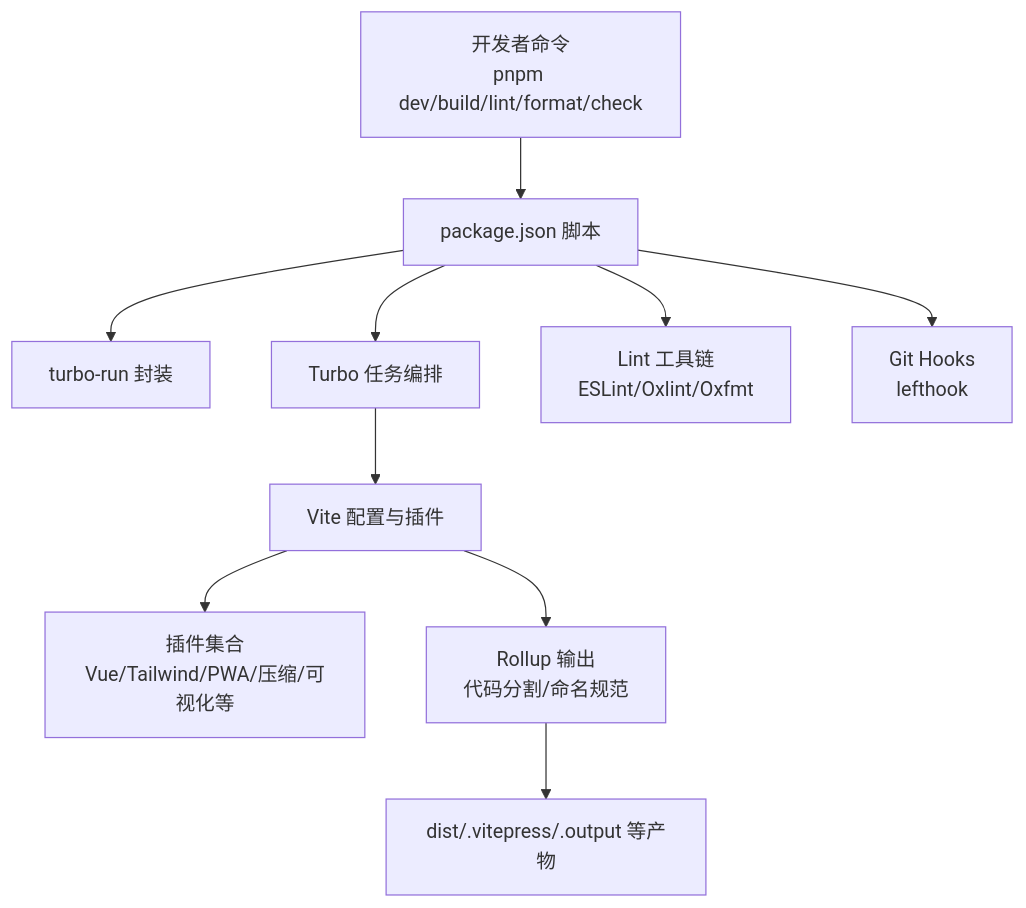
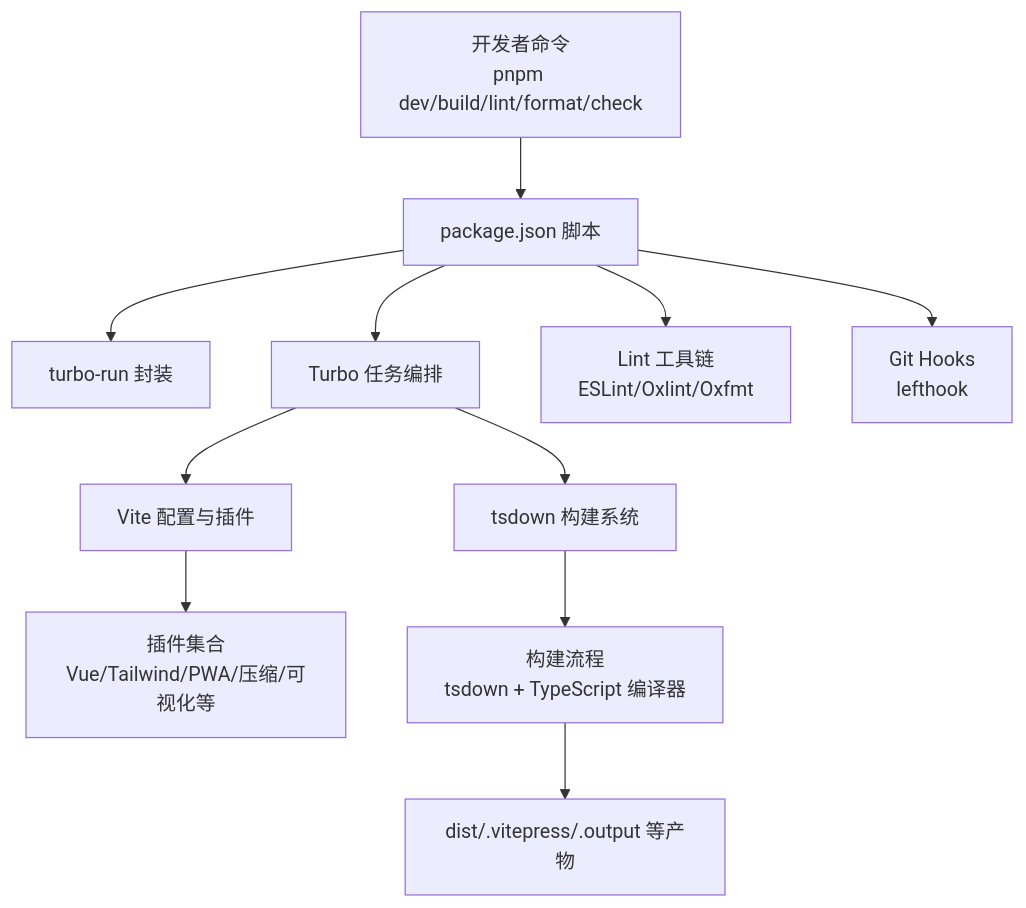
The second of 9 diagrams in .qoder/repowiki/zh/content/开发工具链/开发工具链.md (liuyinzhong/hive), drawn with Mermaid before and after one commit. The commit also changed other lines of this file and 8 other files, not shown here.

````diff
--- a/.qoder/repowiki/zh/content/开发工具链/开发工具链.md
+++ b/.qoder/repowiki/zh/content/开发工具链/开发工具链.md
@@ -135,12 +172,13 @@
 ```mermaid
 graph TB
 Dev["开发者命令<br/>pnpm dev/build/lint/format/check"] --> Scripts["package.json 脚本"]
 Scripts --> TurboRun["turbo-run 封装"]
 Scripts --> Turbo["Turbo 任务编排"]
 Turbo --> ViteCfg["Vite 配置与插件"]
 ViteCfg --> Plugins["插件集合<br/>Vue/Tailwind/PWA/压缩/可视化等"]
-ViteCfg --> Build["Rollup 输出<br/>代码分割/命名规范"]
+Turbo --> Tsdown["tsdown 构建系统"]
+Tsdown --> BuildFlow["构建流程<br/>tsdown + TypeScript 编译器"]
+BuildFlow --> Dist["dist/.vitepress/.output 等产物"]
 Scripts --> Linters["Lint 工具链<br/>ESLint/Oxlint/Oxfmt"]
 Scripts --> Hooks["Git Hooks<br/>lefthook"]
-Build --> Dist["dist/.vitepress/.output 等产物"]
 ```
````
